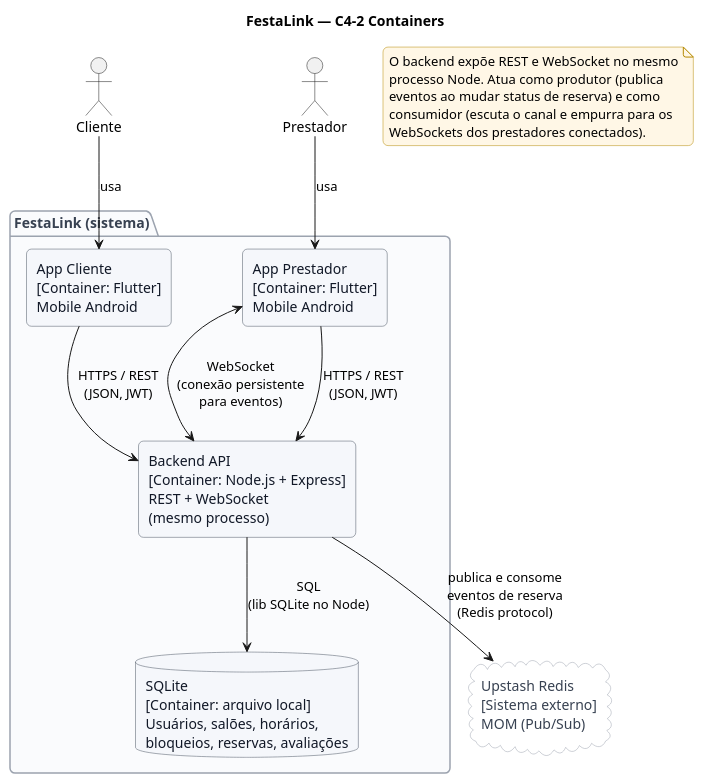
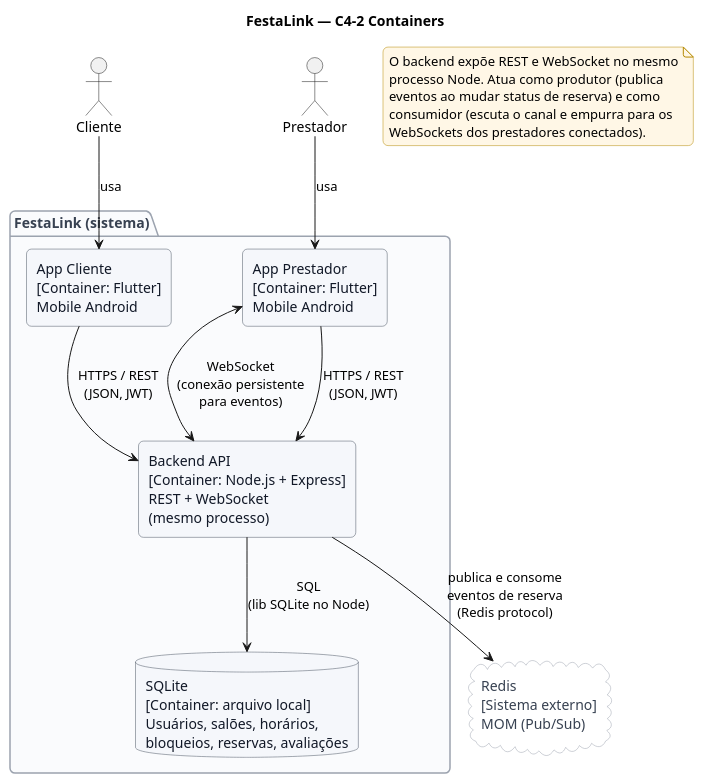
Before and after one commit to MiguelMagCastro/festalink_app: the diagram in docs/diagrams/07-c4-2-containers.puml, drawn with PlantUML. The commit also changed 8 other files, not shown here.

Commit message:
docs: ajusta referencias de redis (containerizado em vez de upstash)

```diff
--- a/docs/diagrams/07-c4-2-containers.puml
+++ b/docs/diagrams/07-c4-2-containers.puml
@@ -1,63 +1,63 @@
 @startuml
 title FestaLink — C4-2 Containers
 
 skinparam backgroundColor #FFFFFF
 skinparam shadowing false
 skinparam roundCorner 10
 skinparam defaultFontName "Helvetica"
 skinparam rectangle {
   BackgroundColor #F5F7FB
   BorderColor #4B5563
   FontColor #111827
 }
 skinparam database {
   BackgroundColor #F5F7FB
   BorderColor #4B5563
   FontColor #111827
 }
 skinparam cloud {
   BackgroundColor #FFFFFF
   BorderColor #9CA3AF
   FontColor #374151
 }
 skinparam package {
   BackgroundColor #FAFBFD
   BorderColor #9CA3AF
   FontColor #374151
 }
 skinparam note {
   BackgroundColor #FFF7E6
   BorderColor #B58900
 }
 
 actor "Cliente" as cli
 actor "Prestador" as pres
 
 package "FestaLink (sistema)" {
   rectangle "App Cliente\n[Container: Flutter]\nMobile Android" as appCli
   rectangle "App Prestador\n[Container: Flutter]\nMobile Android" as appPres
   rectangle "Backend API\n[Container: Node.js + Express]\nREST + WebSocket\n(mesmo processo)" as api
   database "SQLite\n[Container: arquivo local]\nUsuários, salões, horários,\nbloqueios, reservas, avaliações" as db
 }
 
-cloud "Upstash Redis\n[Sistema externo]\nMOM (Pub/Sub)" as redis
+cloud "Redis\n[Sistema externo]\nMOM (Pub/Sub)" as redis
 
 cli --> appCli : usa
 pres --> appPres : usa
 
 appCli --> api : HTTPS / REST\n(JSON, JWT)
 appPres --> api : HTTPS / REST\n(JSON, JWT)
 appPres <--> api : WebSocket\n(conexão persistente\npara eventos)
 
 api --> db : SQL\n(lib SQLite no Node)
 api --> redis : publica e consome\neventos de reserva\n(Redis protocol)
 
 note as N1
   O backend expõe REST e WebSocket no mesmo
   processo Node. Atua como produtor (publica
   eventos ao mudar status de reserva) e como
   consumidor (escuta o canal e empurra para os
   WebSockets dos prestadores conectados).
 end note
 
 @enduml
```
